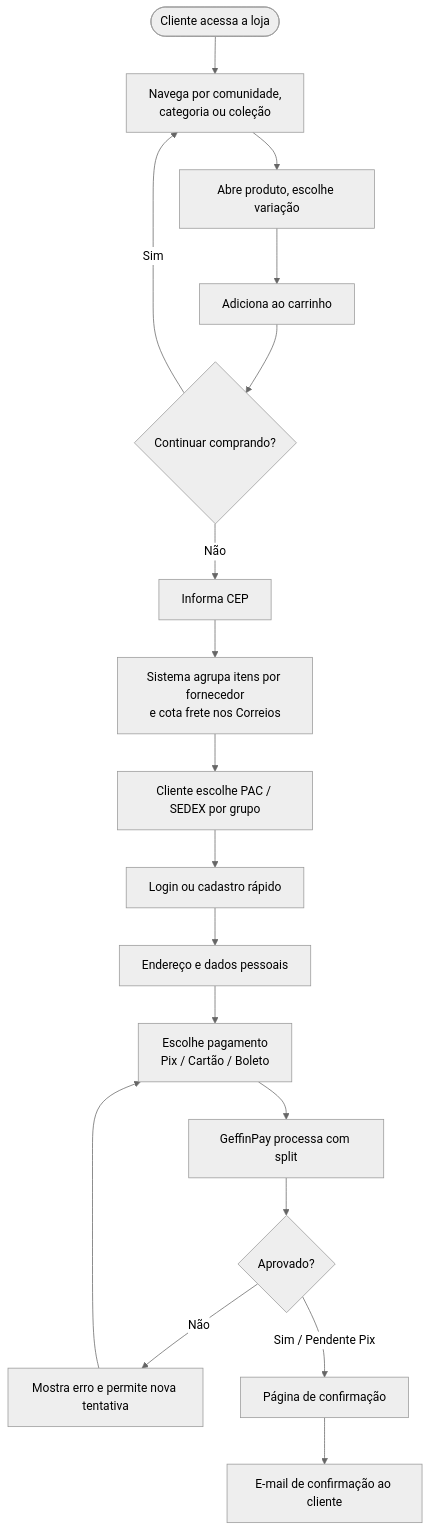
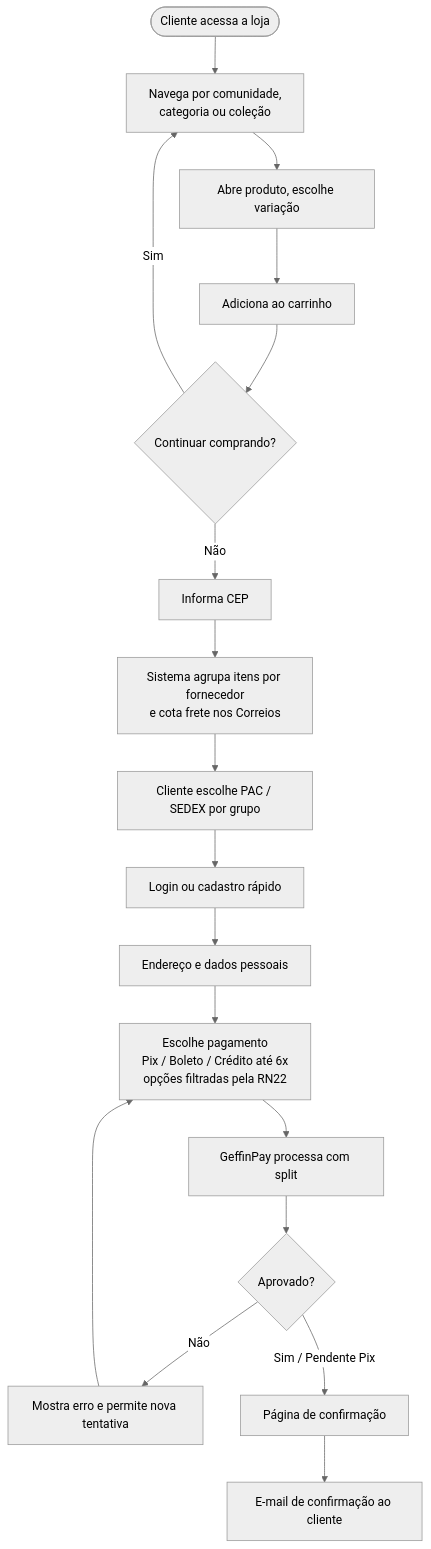
Before and after one commit to BdsOliveira/loja-tech-brasil: the eighth of 23 diagrams in modelo-de-negocios.md, drawn with Mermaid (neutral theme). The commit also changed other lines of this file, not shown here.

````diff
--- a/modelo-de-negocios.md
+++ b/modelo-de-negocios.md
@@ -280,19 +389,19 @@
 ```mermaid
 flowchart TD
     A([Cliente acessa a loja]) --> B[Navega por comunidade,<br/>categoria ou coleção]
     B --> C[Abre produto, escolhe variação]
     C --> D[Adiciona ao carrinho]
     D --> E{Continuar comprando?}
     E -- Sim --> B
     E -- Não --> F[Informa CEP]
     F --> G[Sistema agrupa itens por fornecedor<br/>e cota frete nos Correios]
     G --> H[Cliente escolhe PAC / SEDEX por grupo]
     H --> I[Login ou cadastro rápido]
     I --> J[Endereço e dados pessoais]
-    J --> K[Escolhe pagamento<br/>Pix / Cartão / Boleto]
+    J --> K[Escolhe pagamento<br/>Pix / Boleto / Crédito até 6x<br/>opções filtradas pela RN22]
     K --> L[GeffinPay processa com split]
     L --> M{Aprovado?}
     M -- Não --> N[Mostra erro e permite nova tentativa] --> K
     M -- Sim / Pendente Pix --> O[Página de confirmação]
     O --> P[E-mail de confirmação ao cliente]
 ```
````
